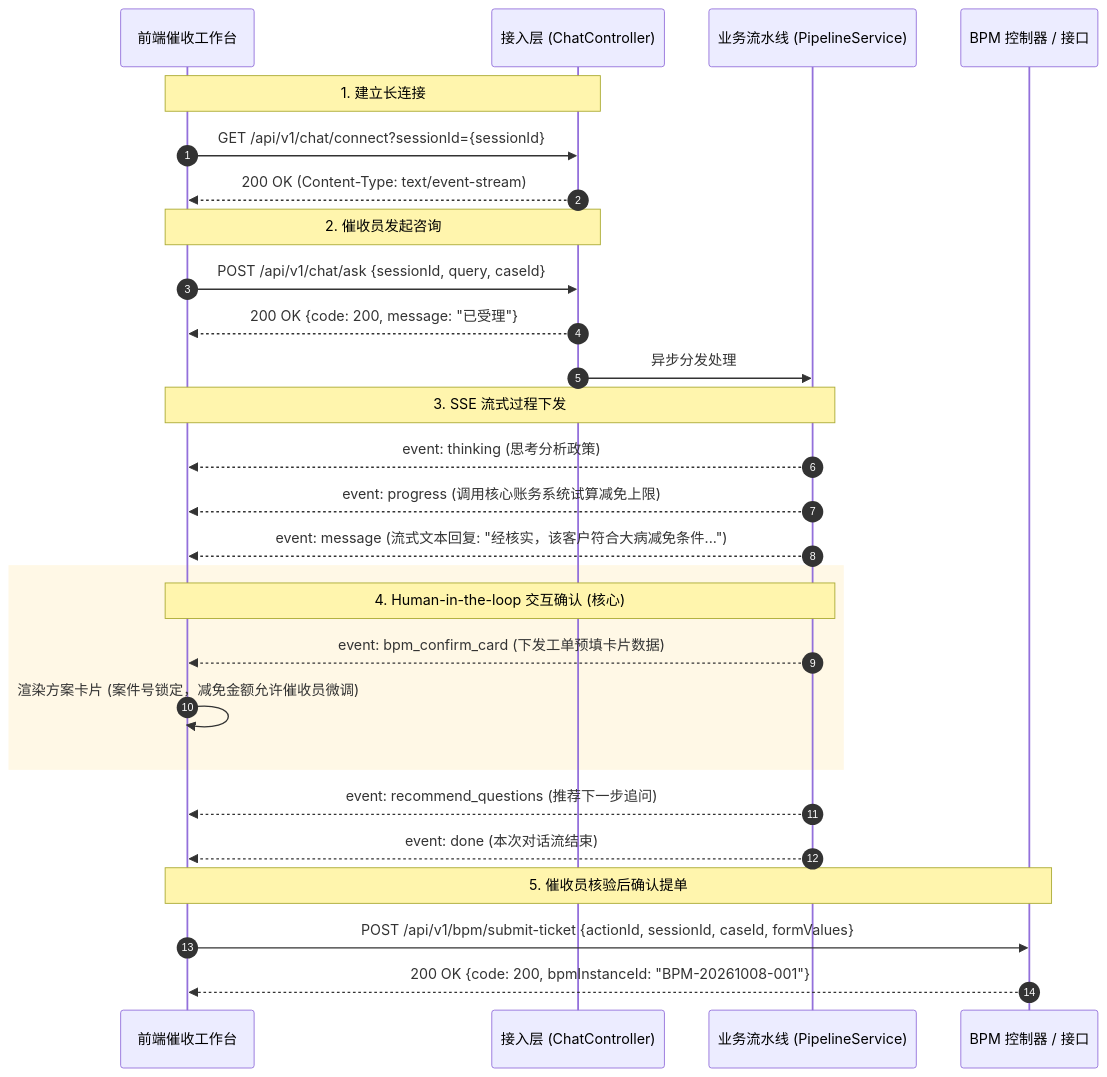
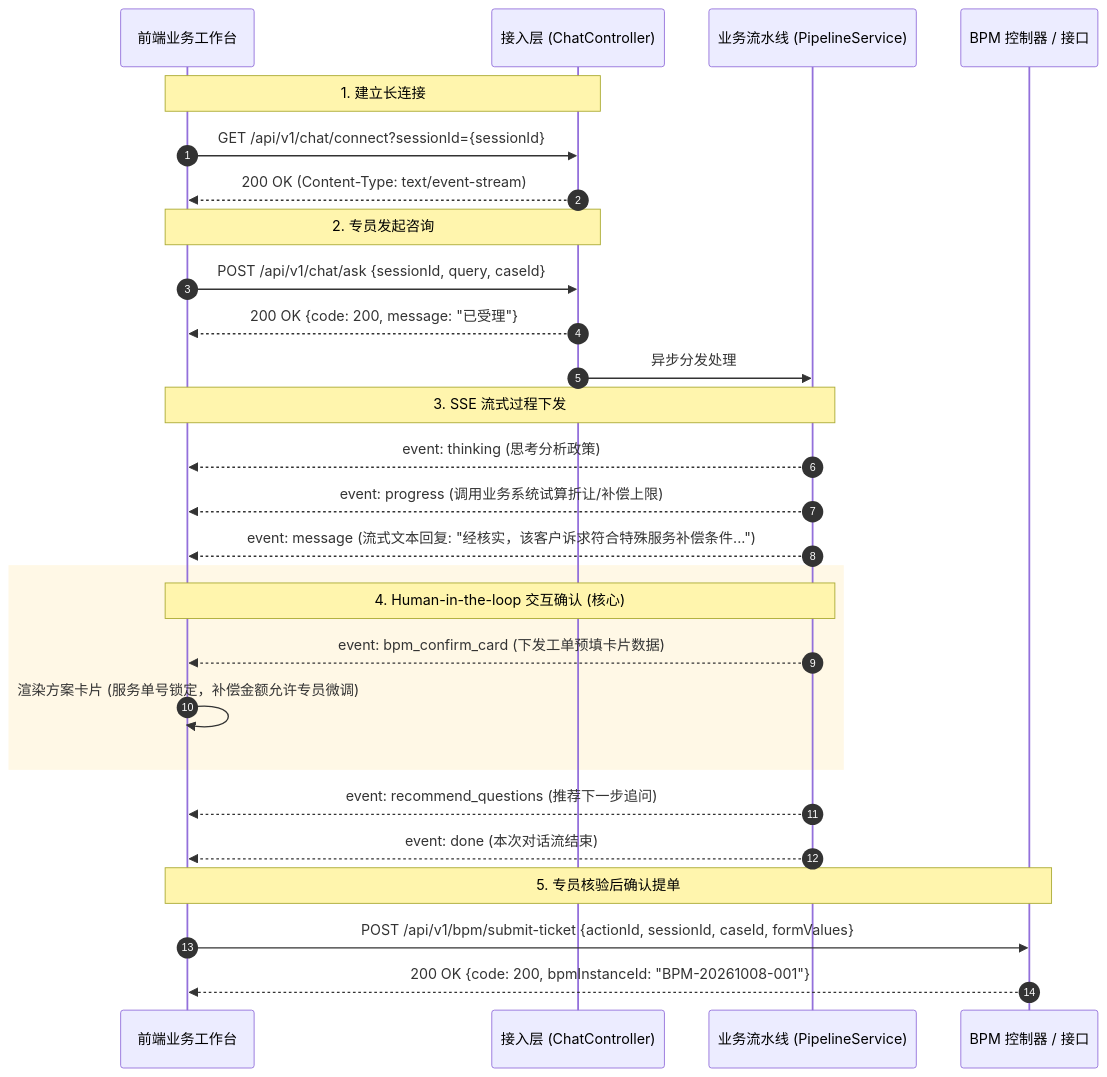
The diagram in docs/03-前后端接口与SSE协议契约.md (1264585648/spring-ai-agentflow), drawn with Mermaid before and after one commit. The commit also changed other lines of this file and 31 other files, not shown here.

````diff
--- a/docs/03-前后端接口与SSE协议契约.md
+++ b/docs/03-前后端接口与SSE协议契约.md
@@ -13,35 +13,35 @@
 ```mermaid
 sequenceDiagram
     autonumber
-    participant UI as 前端催收工作台
+    participant UI as 前端业务工作台
     participant Controller as 接入层 (ChatController)
     participant Pipeline as 业务流水线 (PipelineService)
     participant BPM as BPM 控制器 / 接口
 
     Note over UI, Controller: 1. 建立长连接
     UI->>Controller: GET /api/v1/chat/connect?sessionId={sessionId}
     Controller-->>UI: 200 OK (Content-Type: text/event-stream)
 
-    Note over UI, Controller: 2. 催收员发起咨询
+    Note over UI, Controller: 2. 专员发起咨询
     UI->>Controller: POST /api/v1/chat/ask {sessionId, query, caseId}
     Controller-->>UI: 200 OK {code: 200, message: "已受理"}
     Controller->>Pipeline: 异步分发处理
 
     Note over Pipeline, UI: 3. SSE 流式过程下发
     Pipeline-->>UI: event: thinking (思考分析政策)
-    Pipeline-->>UI: event: progress (调用核心账务系统试算减免上限)
-    Pipeline-->>UI: event: message (流式文本回复: "经核实，该客户符合大病减免条件...")
+    Pipeline-->>UI: event: progress (调用业务系统试算折让/补偿上限)
+    Pipeline-->>UI: event: message (流式文本回复: "经核实，该客户诉求符合特殊服务补偿条件...")
     
     rect rgb(255, 248, 230)
     Note over Pipeline, UI: 4. Human-in-the-loop 交互确认 (核心)
     Pipeline-->>UI: event: bpm_confirm_card (下发工单预填卡片数据)
-    UI->>UI: 渲染方案卡片 (案件号锁定，减免金额允许催收员微调)
+    UI->>UI: 渲染方案卡片 (服务单号锁定，补偿金额允许专员微调)
     end
 
     Pipeline-->>UI: event: recommend_questions (推荐下一步追问)
     Pipeline-->>UI: event: done (本次对话流结束)
 
-    Note over UI, BPM: 5. 催收员核验后确认提单
+    Note over UI, BPM: 5. 专员核验后确认提单
     UI->>BPM: POST /api/v1/bpm/submit-ticket {actionId, sessionId, caseId, formValues}
     BPM-->>UI: 200 OK {code: 200, bpmInstanceId: "BPM-20261008-001"}
 ```
````
